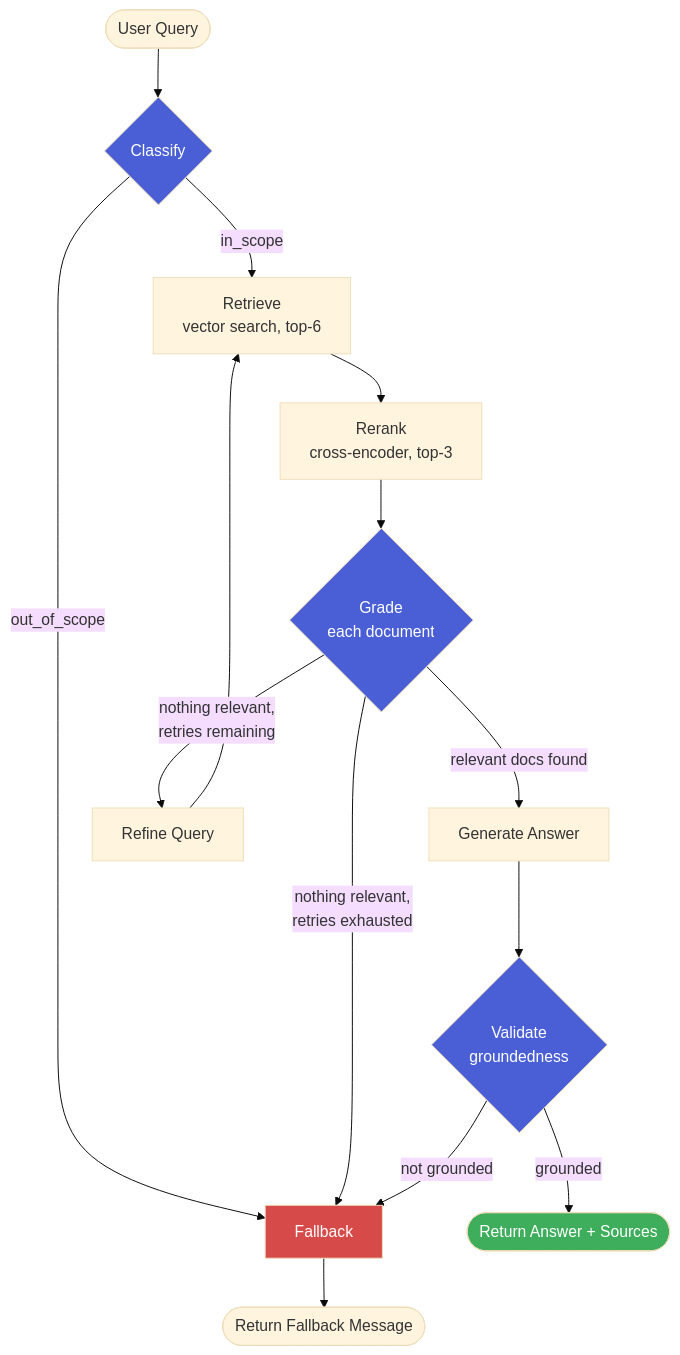
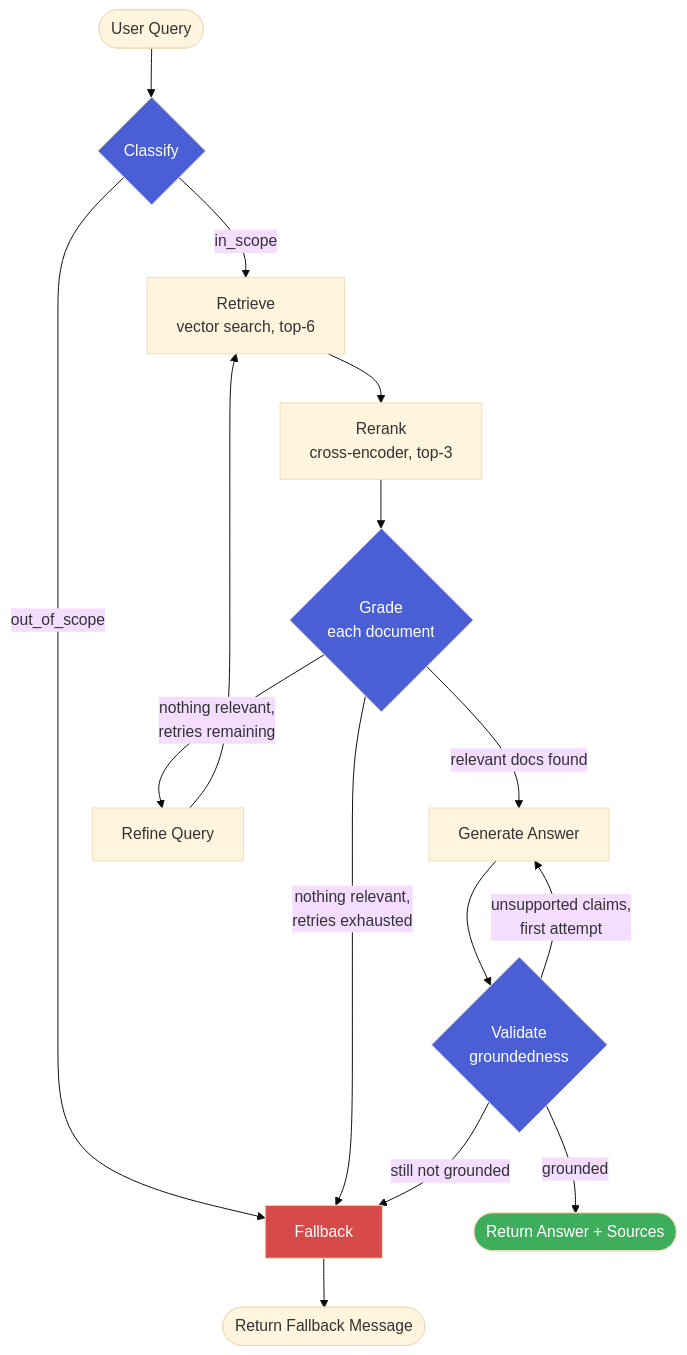
One commit to nilay007hckkr/Minty changed the diagram in README.md. Above: the diagram before and after it, drawn with Mermaid (base theme). The commit also changed other lines of this file and 18 other files, not shown here.

````diff
--- a/README.md
+++ b/README.md
@@ -60,22 +64,23 @@
 ```mermaid
 flowchart TD
     A([User Query]) --> B{Classify}
     B -->|in_scope| C[Retrieve<br/>vector search, top-6]
     B -->|out_of_scope| H[Fallback]
     C --> D[Rerank<br/>cross-encoder, top-3]
     D --> E{Grade<br/>each document}
     E -->|relevant docs found| F[Generate Answer]
     E -->|nothing relevant,<br/>retries remaining| G[Refine Query]
     G --> C
     E -->|nothing relevant,<br/>retries exhausted| H
     F --> I{Validate<br/>groundedness}
     I -->|grounded| J([Return Answer + Sources])
-    I -->|not grounded| H
+    I -->|unsupported claims,<br/>first attempt| F
+    I -->|still not grounded| H
     H --> K([Return Fallback Message])
 
     style B fill:#4A5FD6,color:#fff
     style E fill:#4A5FD6,color:#fff
     style I fill:#4A5FD6,color:#fff
     style H fill:#D64A4A,color:#fff
     style J fill:#3FAE5C,color:#fff
 ```
````
